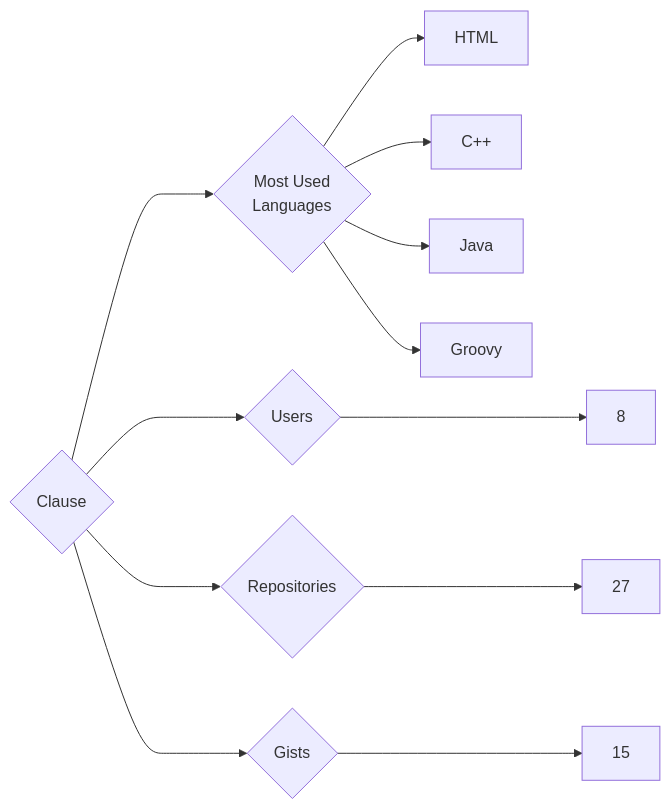
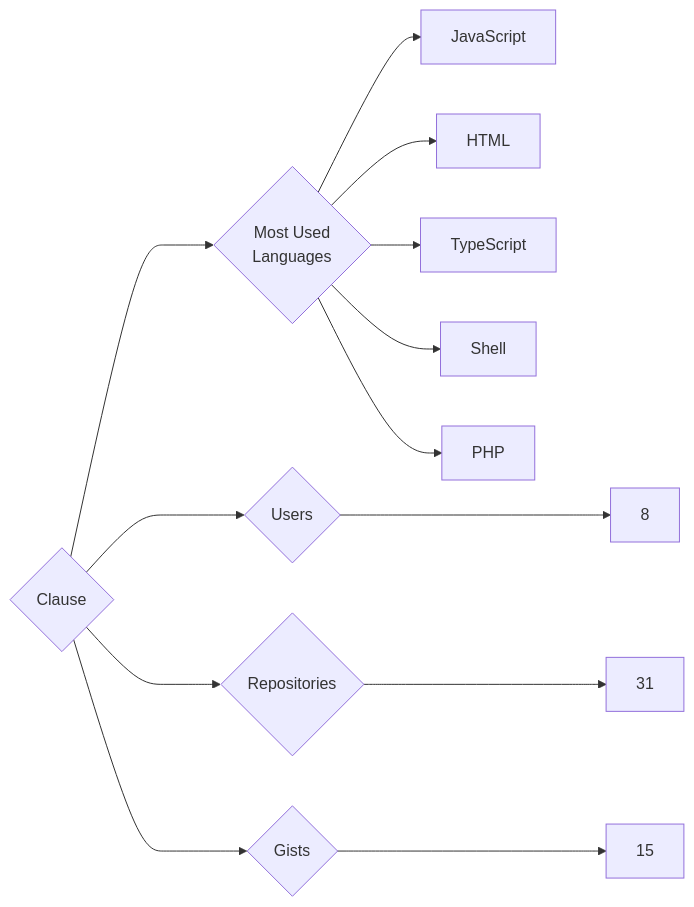
Before and after one commit to trickest/insiders: the diagram in targets/Clause/README.md, drawn with Mermaid. The commit also changed 1167 other files, not shown here.

````diff
--- a/targets/Clause/README.md
+++ b/targets/Clause/README.md
@@ -3,12 +3,13 @@
 ```mermaid
 graph LR
 COMPANY_NAME{Clause}
 COMPANY_NAME ---> U{Users} ---> UN[8]
-COMPANY_NAME ---> R{Repositories} ---> RN[27]
+COMPANY_NAME ---> R{Repositories} ---> RN[31]
 COMPANY_NAME ---> G{Gists} ---> GN[15]
 COMPANY_NAME ---> ML{Most Used<br>Languages}
+ML --> JavaScript[JavaScript]
 ML --> HTML[HTML]
-ML --> C++[C++]
-ML --> Java[Java]
-ML --> Groovy[Groovy]
+ML --> TypeScript[TypeScript]
+ML --> Shell[Shell]
+ML --> PHP[PHP]
 ```
````
